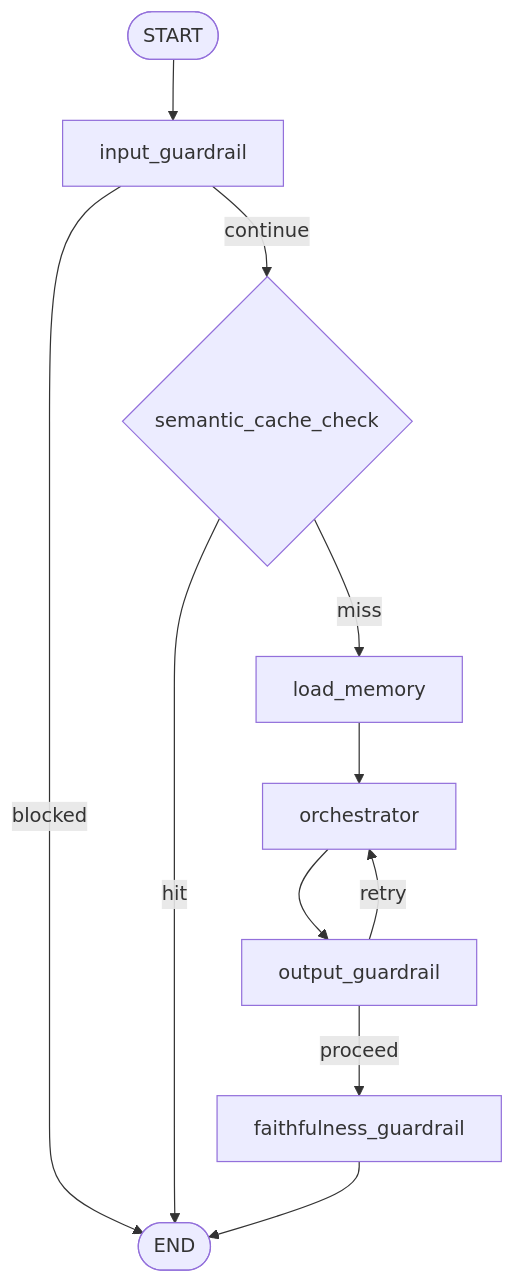
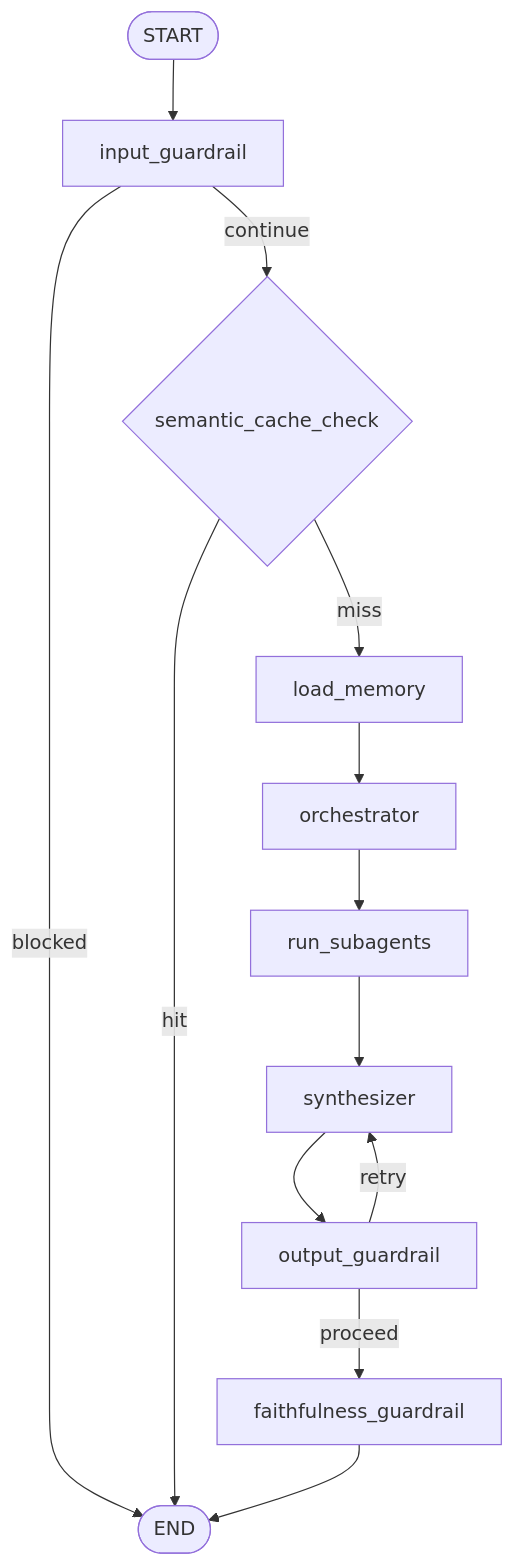
One commit to BeketML/ZimShire changed the second of 2 diagrams in docs/agent_architecture.md. Above: the diagram before and after it, drawn with Mermaid. The commit also changed other lines of this file and 3 other files, not shown here.

````diff
--- a/docs/agent_architecture.md
+++ b/docs/agent_architecture.md
@@ -214,22 +171,26 @@
 ```mermaid
 flowchart TB
     START([START])
-    ING[input_guardrail]
-    CACHE{semantic_cache_check}
-    MEM[load_memory]
-    ORCH[orchestrator]
-    OUTG[output_guardrail]
-    FAITH[faithfulness_guardrail]
-    ENDNODE([END])
+    IG[input_guardrail]
+    SC{semantic_cache_check}
+    LM[load_memory]
+    OR[orchestrator]
+    RS[run_subagents]
+    SY[synthesizer]
+    OG[output_guardrail]
+    FG[faithfulness_guardrail]
+    END([END])
 
-    START --> ING
-    ING -->|blocked| ENDNODE
-    ING -->|continue| CACHE
-    CACHE -->|hit| ENDNODE
-    CACHE -->|miss| MEM
-    MEM --> ORCH
-    ORCH --> OUTG
-    OUTG -->|retry| ORCH
-    OUTG -->|proceed| FAITH
-    FAITH --> ENDNODE
+    START --> IG
+    IG -->|blocked| END
+    IG -->|continue| SC
+    SC -->|hit| END
+    SC -->|miss| LM
+    LM --> OR
+    OR --> RS
+    RS --> SY
+    SY --> OG
+    OG -->|retry| SY
+    OG -->|proceed| FG
+    FG --> END
 ```
````
